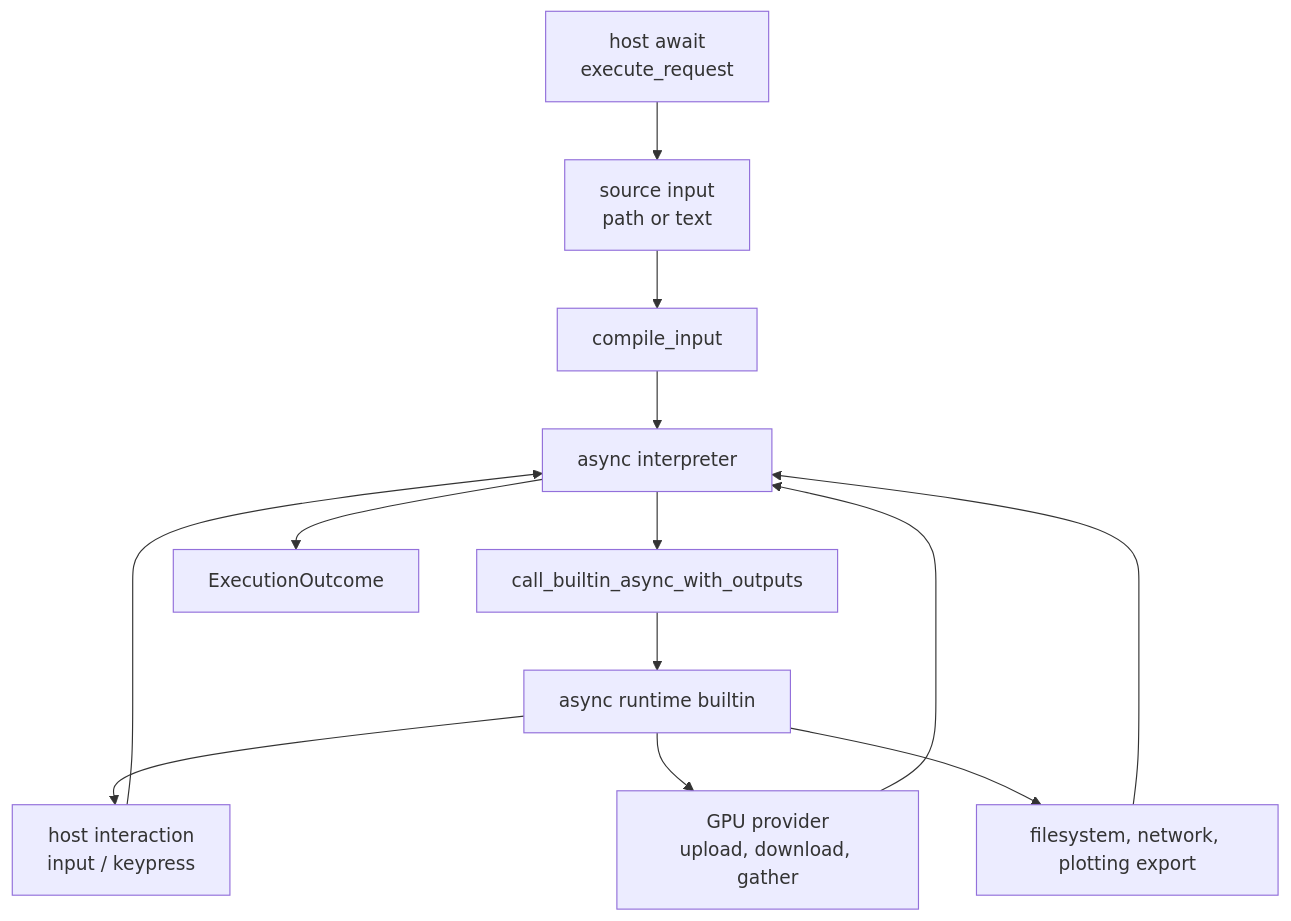
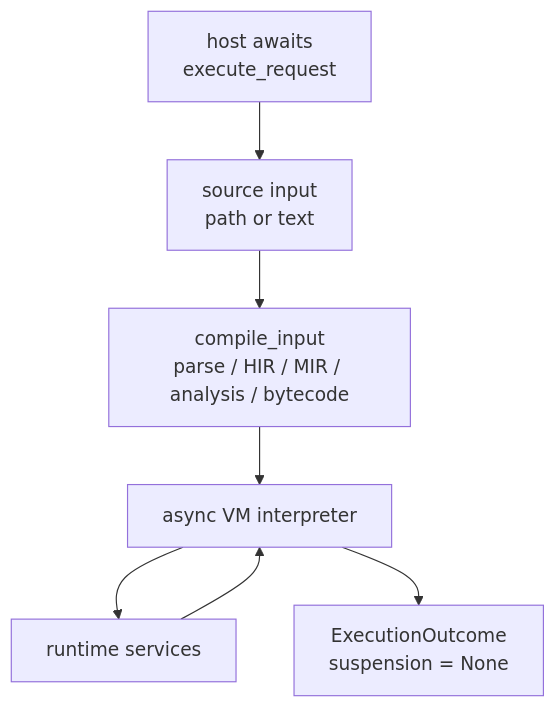
One commit to runmat-org/runmat changed the diagram in docs/runtime/execution/async.md. Above: the diagram before and after it, drawn with Mermaid. The commit also changed other lines of this file and 20 other files, not shown here.

````diff
--- a/docs/runtime/execution/async.md
+++ b/docs/runtime/execution/async.md
@@ -14,22 +16,16 @@
 ```mermaid
 flowchart TD
-  Host["host await<br/>execute_request"]
+  Host["host awaits<br/>execute_request"]
   Source["source input<br/>path or text"]
-  Compile["compile_input"]
-  VM["async interpreter"]
-  Call["call_builtin_async_with_outputs"]
-  Builtin["async runtime builtin"]
-  Input["host interaction<br/>input / keypress"]
-  GPU["GPU provider<br/>upload, download, gather"]
-  IO["filesystem, network, plotting export"]
-  Outcome["ExecutionOutcome"]
+  Compile["compile_input<br/>parse / HIR / MIR / analysis / bytecode"]
+  VM["async VM interpreter"]
+  Runtime["runtime services"]
+  Outcome["ExecutionOutcome<br/>suspension = None"]
 
-  Host --> Source --> Compile --> VM --> Call --> Builtin
-  Builtin --> Input
-  Builtin --> GPU
-  Builtin --> IO
-  Input --> VM
-  GPU --> VM
-  IO --> VM
+  Host --> Source
+  Source --> Compile
+  Compile --> VM
+  VM --> Runtime
+  Runtime --> VM
   VM --> Outcome
 ```
````
